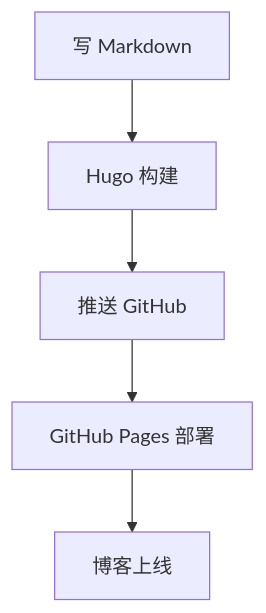
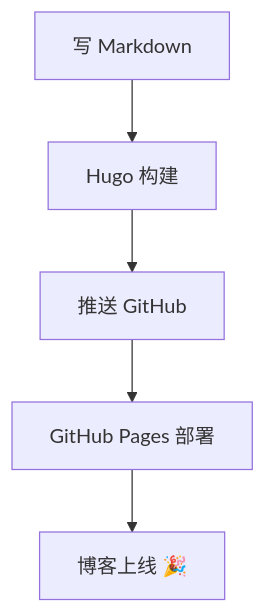
One commit to ayanesakura/ayanesakura.github.io changed the diagram in content/posts/hello-world/index.md. Above: the diagram before and after it, drawn with Mermaid. The commit also changed other lines of this file and 15 other files, not shown here.

````diff
--- a/content/posts/hello-world/index.md
+++ b/content/posts/hello-world/index.md
@@ -33,7 +33,7 @@
-{{< mermaid >}}
+```mermaid
 graph TD
     A[写 Markdown] --> B[Hugo 构建]
     B --> C[推送 GitHub]
     C --> D[GitHub Pages 部署]
-    D --> E[博客上线]
-{{< /mermaid >}}
+    D --> E[博客上线 🎉]
+```
````
